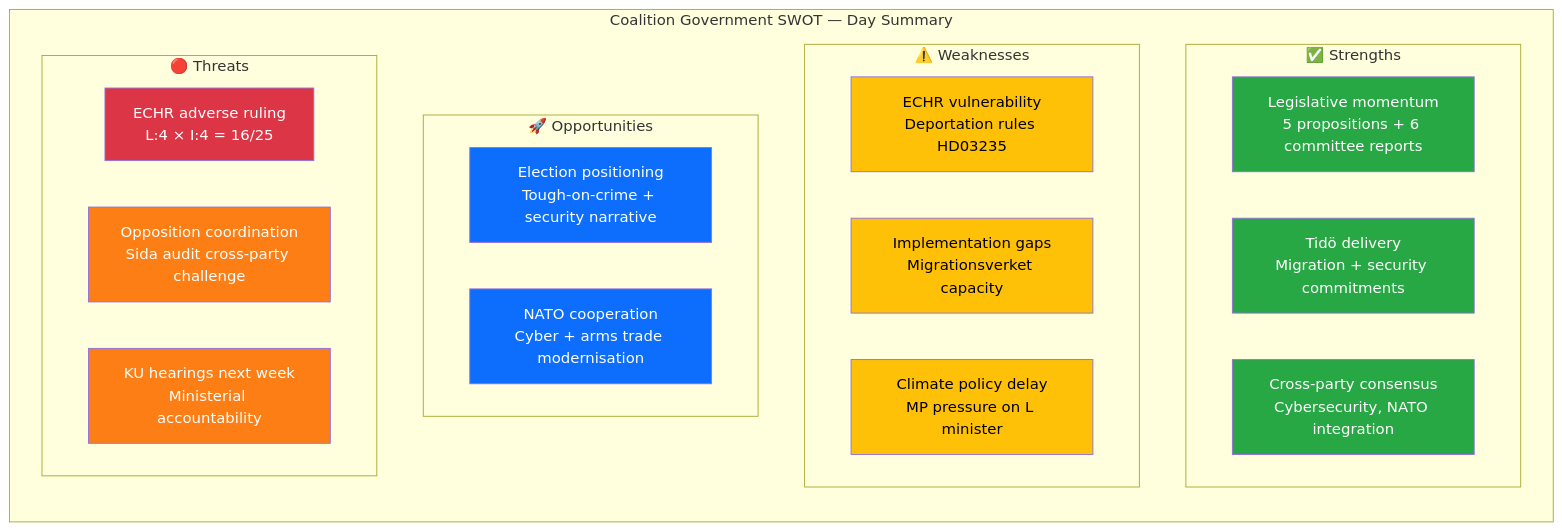
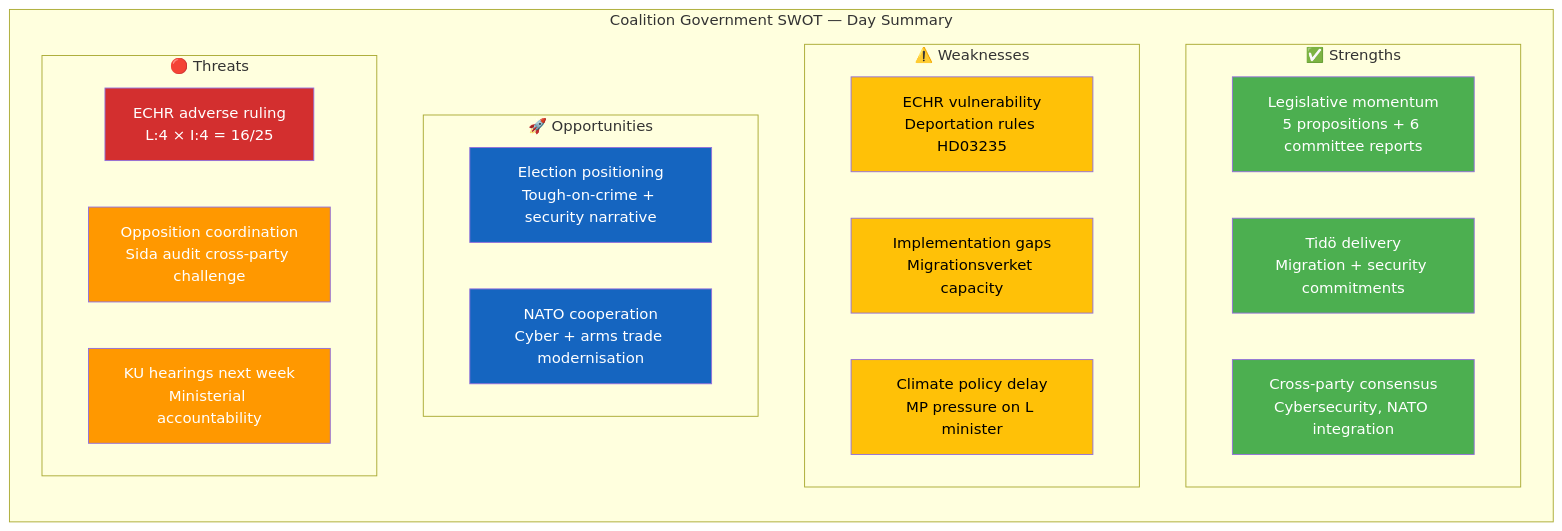
One commit to Hack23/riksdagsmonitor changed the second of 2 diagrams in analysis/daily/2026-04-10/evening-analysis/synthesis-summary.md. Above: the diagram before and after it, drawn with Mermaid. The commit also changed other lines of this file and 785 other files, not shown here.

First line of the commit message:
Normalize mermaid colors across 786 analysis artifacts to ISMS Style Guide palette

````diff
--- a/analysis/daily/2026-04-10/evening-analysis/synthesis-summary.md
+++ b/analysis/daily/2026-04-10/evening-analysis/synthesis-summary.md
@@ -100,37 +100,37 @@
 ```mermaid
 graph TD
     subgraph "Coalition Government SWOT — Day Summary"
         direction TB
         subgraph "✅ Strengths"
             S1["Legislative momentum<br/>5 propositions + 6 committee reports"]
             S2["Tidö delivery<br/>Migration + security commitments"]
             S3["Cross-party consensus<br/>Cybersecurity, NATO integration"]
         end
         subgraph "⚠️ Weaknesses"
             W1["ECHR vulnerability<br/>Deportation rules HD03235"]
             W2["Implementation gaps<br/>Migrationsverket capacity"]
             W3["Climate policy delay<br/>MP pressure on L minister"]
         end
         subgraph "🚀 Opportunities"
             O1["Election positioning<br/>Tough-on-crime + security narrative"]
             O2["NATO cooperation<br/>Cyber + arms trade modernisation"]
         end
         subgraph "🔴 Threats"
             T1["ECHR adverse ruling<br/>L:4 × I:4 = 16/25"]
             T2["Opposition coordination<br/>Sida audit cross-party challenge"]
             T3["KU hearings next week<br/>Ministerial accountability"]
         end
     end
 
-    style S1 fill:#28a745,color:#fff
-    style S2 fill:#28a745,color:#fff
-    style S3 fill:#28a745,color:#fff
-    style W1 fill:#ffc107,color:#000
-    style W2 fill:#ffc107,color:#000
-    style W3 fill:#ffc107,color:#000
-    style O1 fill:#0d6efd,color:#fff
-    style O2 fill:#0d6efd,color:#fff
-    style T1 fill:#dc3545,color:#fff
-    style T2 fill:#fd7e14,color:#fff
-    style T3 fill:#fd7e14,color:#fff
+    style S1 fill:#4CAF50,color:#FFFFFF
+    style S2 fill:#4CAF50,color:#FFFFFF
+    style S3 fill:#4CAF50,color:#FFFFFF
+    style W1 fill:#FFC107,color:#000000
+    style W2 fill:#FFC107,color:#000000
+    style W3 fill:#FFC107,color:#000000
+    style O1 fill:#1565C0,color:#FFFFFF
+    style O2 fill:#1565C0,color:#FFFFFF
+    style T1 fill:#D32F2F,color:#FFFFFF
+    style T2 fill:#FF9800,color:#FFFFFF
+    style T3 fill:#FF9800,color:#FFFFFF
 ```
````
